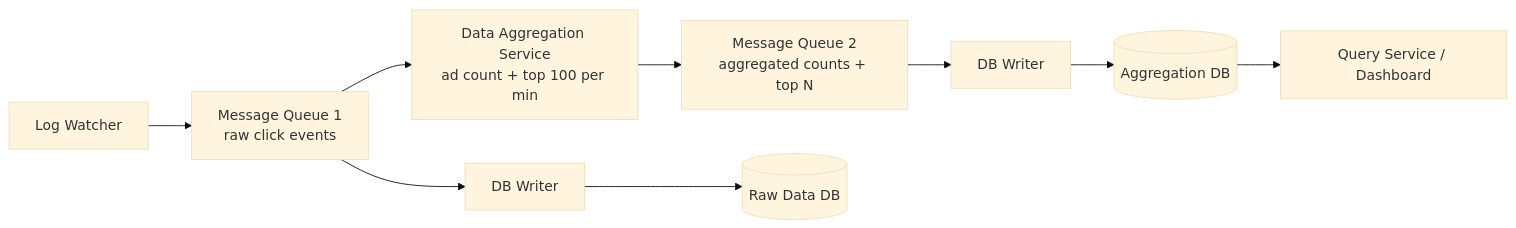
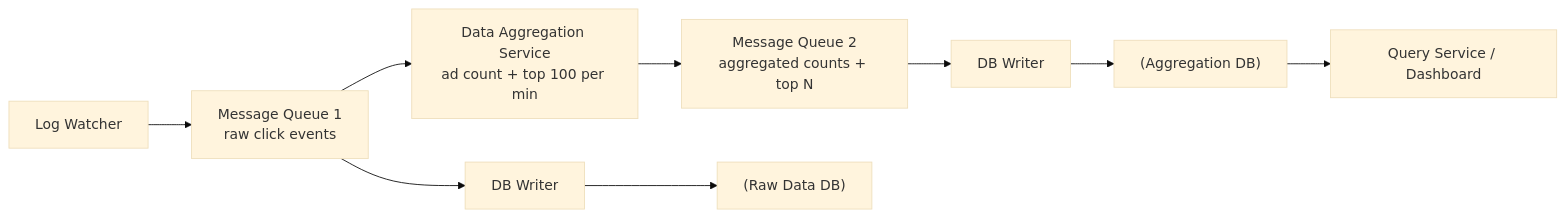
Before and after one commit to pankajThakur1874/studysheet: the first of 2 diagrams in files/Book-System-Design-Vol-2/06-ad-click-event-aggregation.md, drawn with Mermaid (base theme). The commit also changed 102 other files, not shown here.

Commit message:
Auto-fix Mermaid diagram syntax across all study guides to prevent Syntax Error in Mermaid v10

````diff
--- a/files/Book-System-Design-Vol-2/06-ad-click-event-aggregation.md
+++ b/files/Book-System-Design-Vol-2/06-ad-click-event-aggregation.md
@@ -49,9 +49,9 @@
 ```mermaid
 flowchart LR
-    LW[Log Watcher] --> MQ1[Message Queue 1<br/>raw click events]
-    MQ1 --> AGG[Data Aggregation Service<br/>ad count + top 100 per min]
-    AGG --> MQ2[Message Queue 2<br/>aggregated counts + top N]
-    MQ1 --> DW1[DB Writer] --> RAW[(Raw Data DB)]
-    MQ2 --> DW2[DB Writer] --> AGGDB[(Aggregation DB)]
-    AGGDB --> QS[Query Service / Dashboard]
+    LW[Log Watcher] --> MQ1["Message Queue 1<br/>raw click events"]
+    MQ1 --> AGG["Data Aggregation Service<br/>ad count + top 100 per min"]
+    AGG --> MQ2["Message Queue 2<br/>aggregated counts + top N"]
+    MQ1 --> DW1[DB Writer] --> RAW["(Raw Data DB)"]
+    MQ2 --> DW2[DB Writer] --> AGGDB["(Aggregation DB)"]
+    AGGDB --> QS["Query Service / Dashboard"]
 ```
````
